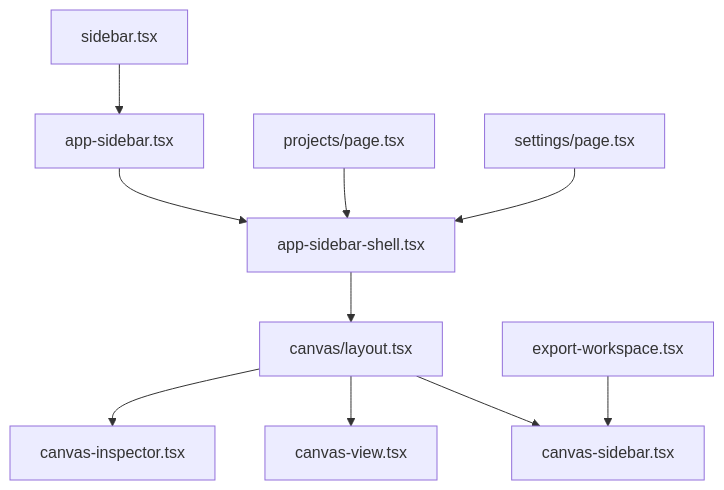
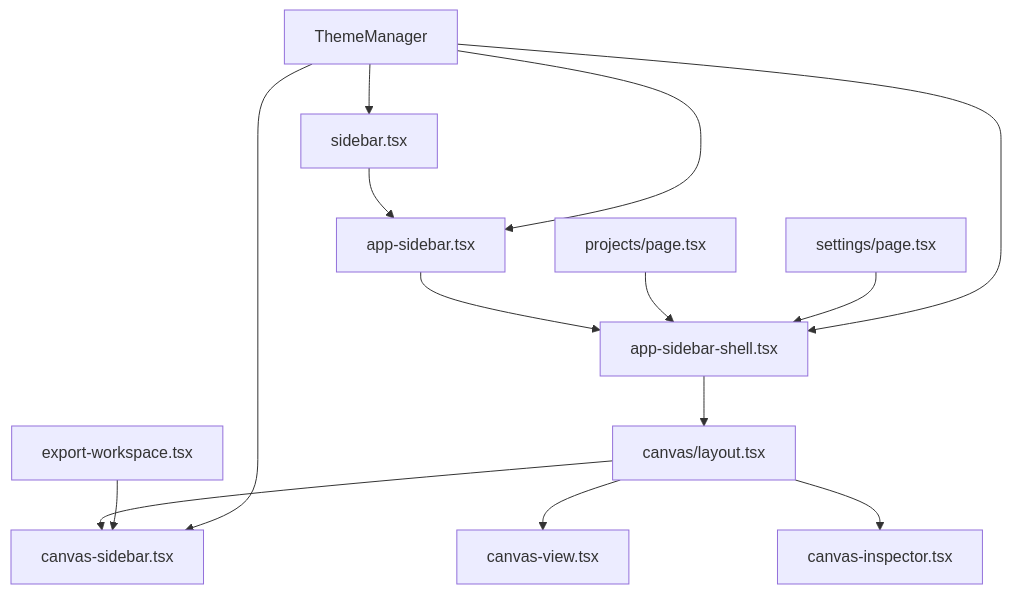
Before and after one commit to AIMFllyYS/code-video-canvas: the eighth of 8 diagrams in .qoder/repowiki/zh/content/UI 组件库/业务组件/侧边栏组件.md, drawn with Mermaid. The commit also changed other lines of this file and 51 other files, not shown here.

````diff
--- a/.qoder/repowiki/zh/content/UI 组件库/业务组件/侧边栏组件.md
+++ b/.qoder/repowiki/zh/content/UI 组件库/业务组件/侧边栏组件.md
@@ -366,12 +421,16 @@
 ```mermaid
 graph TB
 UI["sidebar.tsx"] --> NAV["app-sidebar.tsx"]
 NAV --> SHELL["app-sidebar-shell.tsx"]
 SHELL --> CANVAS_LAYOUT["canvas/layout.tsx"]
 CANVAS_LAYOUT --> CANVAS_SIDEBAR["canvas-sidebar.tsx"]
 CANVAS_LAYOUT --> CANVAS_VIEW["canvas-view.tsx"]
 CANVAS_LAYOUT --> INSPECTOR["canvas-inspector.tsx"]
 EXPORT_WS["export-workspace.tsx"] --> CANVAS_SIDEBAR
 PROJECTS["projects/page.tsx"] --> SHELL
 SETTINGS["settings/page.tsx"] --> SHELL
+THEME["ThemeManager"] --> UI
+THEME --> NAV
+THEME --> SHELL
+THEME --> CANVAS_SIDEBAR
 ```
````
